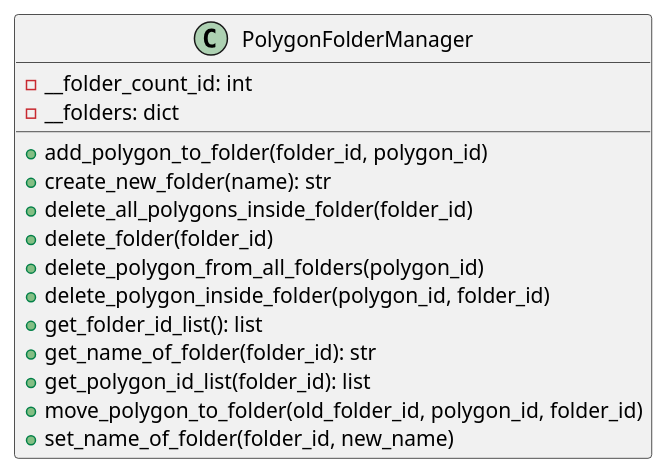
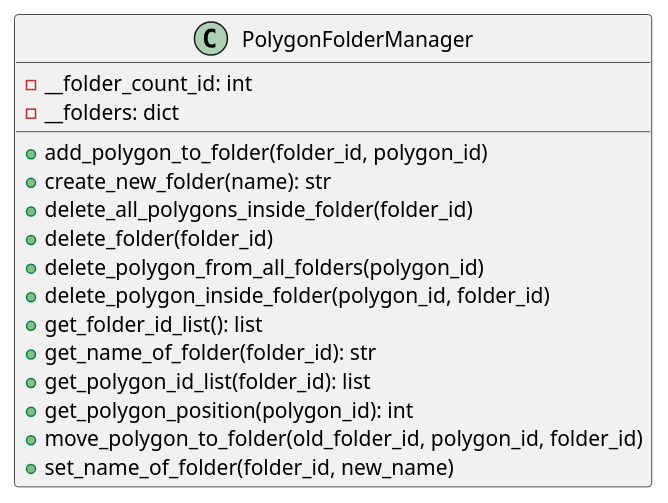
The diagram in docs/classes/PolygonFolderManager.puml (ferpoble2/Relief_Creator), drawn with PlantUML before and after one commit. The commit also changed 1 other file, not shown here.

Commit message:
Added method get_polygon_position to polygonFolderManager class

```diff
--- a/docs/classes/PolygonFolderManager.puml
+++ b/docs/classes/PolygonFolderManager.puml
@@ -1,20 +1,21 @@
 @startuml
 class PolygonFolderManager {
 
     - __folder_count_id: int
     - __folders: dict
 
     + add_polygon_to_folder(folder_id, polygon_id)
     + create_new_folder(name): str
     + delete_all_polygons_inside_folder(folder_id)
     + delete_folder(folder_id)
     + delete_polygon_from_all_folders(polygon_id)
     + delete_polygon_inside_folder(polygon_id, folder_id)
     + get_folder_id_list(): list
     + get_name_of_folder(folder_id): str
     + get_polygon_id_list(folder_id): list
+    + get_polygon_position(polygon_id): int
     + move_polygon_to_folder(old_folder_id, polygon_id, folder_id)
     + set_name_of_folder(folder_id, new_name)
 }
 
 @enduml
```
